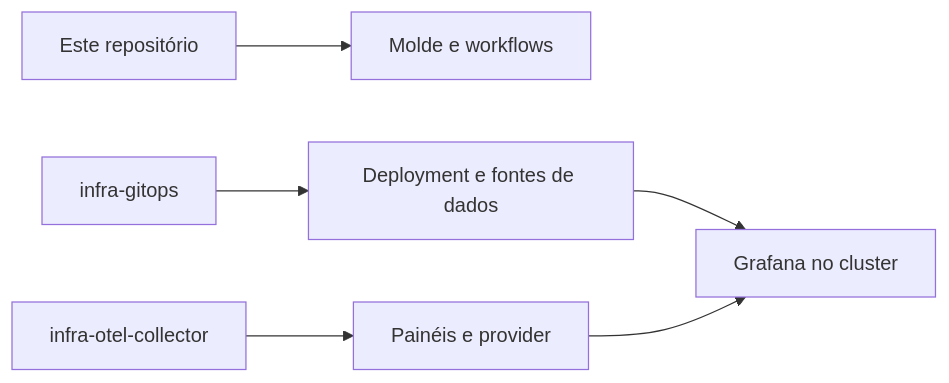
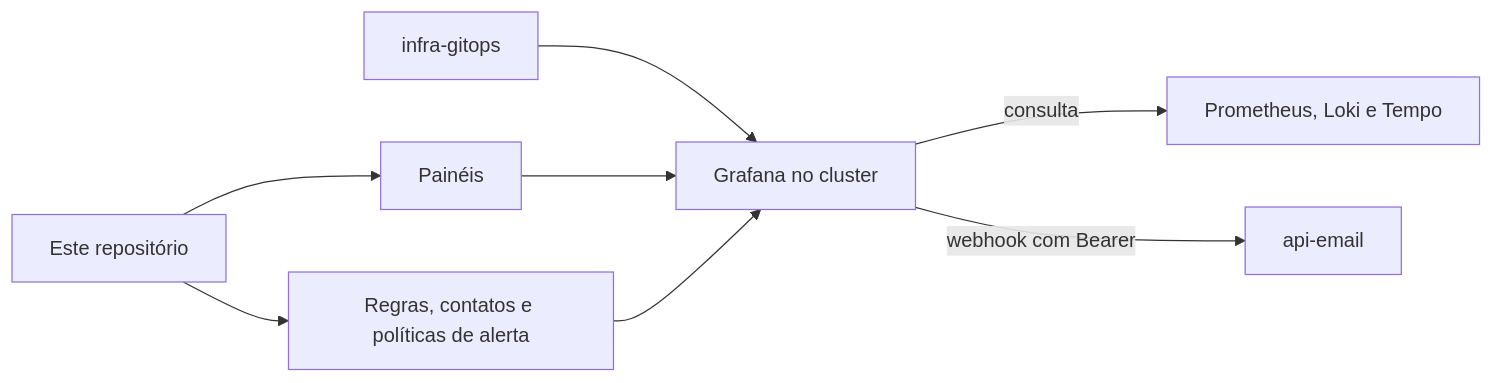
Before and after one commit to Solierrr/docs-warehouse: the diagram in readme/repositories/infra-observability/docs/ARCHITECTURE.md, drawn with Mermaid. The commit also changed other lines of this file and 47 other files, not shown here.

````diff
--- a/readme/repositories/infra-observability/docs/ARCHITECTURE.md
+++ b/readme/repositories/infra-observability/docs/ARCHITECTURE.md
@@ -9,8 +9,10 @@
 ```mermaid
 flowchart LR
- R[Este repositório] --> T[Molde e workflows]
- G[infra-gitops] --> D[Deployment e fontes de dados]
- C[infra-otel-collector] --> P[Painéis e provider]
- D --> F[Grafana no cluster]
+ R[Este repositório] --> P[Painéis]
+ R --> A[Regras, contatos e políticas de alerta]
+ G[infra-gitops] --> F[Grafana no cluster]
  P --> F
+ A --> F
+ F -->|consulta| M[Prometheus, Loki e Tempo]
+ F -->|webhook com Bearer| E[api-email]
 ```
````
